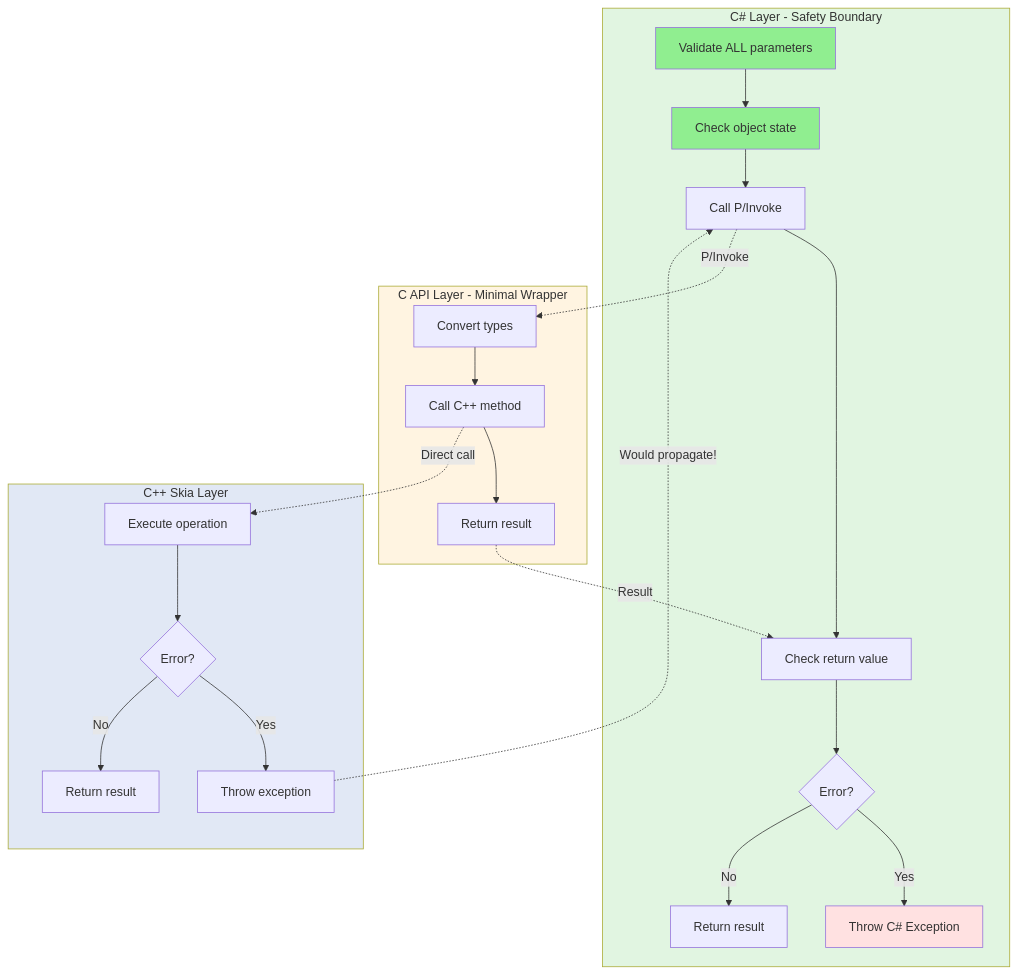
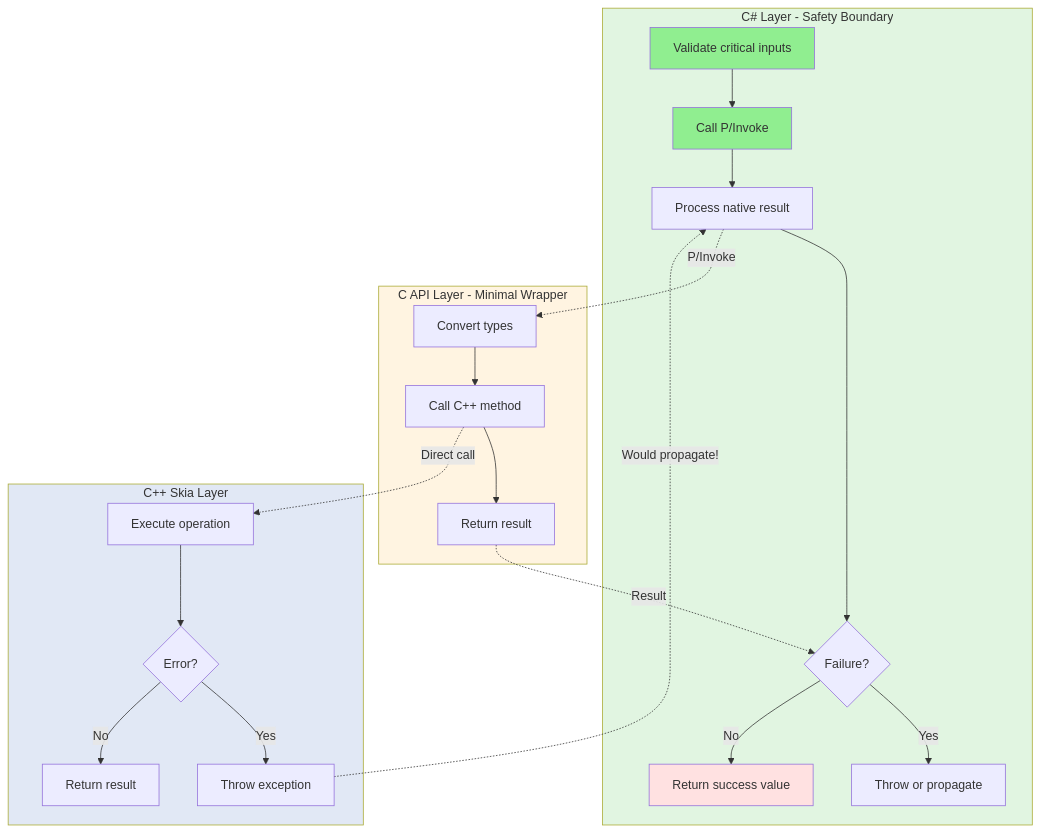
One commit to mono/SkiaSharp changed the diagram in design/error-handling.md. Above: the diagram before and after it, drawn with Mermaid. The commit also changed other lines of this file and 6 other files, not shown here.

````diff
--- a/design/error-handling.md
+++ b/design/error-handling.md
@@ -89,51 +93,49 @@
 ```mermaid
 graph TB
     subgraph CSharp["C# Layer - Safety Boundary"]
-        CS1[Validate ALL parameters]
-        CS2[Check object state]
-        CS3[Call P/Invoke]
-        CS4[Check return value]
-        CS5{Error?}
-        CS6[Throw C# Exception]
-        CS7[Return result]
+        CS1[Validate critical inputs]
+        CS2[Call P/Invoke]
+        CS3[Process native result]
+        CS4{Failure?}
+        CS5[Throw or propagate]
+        CS6[Return success value]
         
         CS1 --> CS2
         CS2 --> CS3
         CS3 --> CS4
-        CS4 --> CS5
-        CS5 -->|Yes| CS6
-        CS5 -->|No| CS7
+        CS4 -->|Yes| CS5
+        CS4 -->|No| CS6
     end
     
     subgraph CAPI["C API Layer - Minimal Wrapper"]
         C1[Convert types]
         C2[Call C++ method]
         C3[Return result]
         
         C1 --> C2
         C2 --> C3
     end
     
     subgraph CPP["C++ Skia Layer"]
         CPP1[Execute operation]
         CPP2{Error?}
         CPP3[Throw exception]
         CPP4[Return result]
         
         CPP1 --> CPP2
         CPP2 -->|Yes| CPP3
         CPP2 -->|No| CPP4
     end
     
     CS3 -.->|P/Invoke| C1
     C2 -.->|Direct call| CPP1
     CPP3 -.->|Would propagate!| CS3
     C3 -.->|Result| CS4
     
     style CSharp fill:#e1f5e1
     style CAPI fill:#fff4e1
     style CPP fill:#e1e8f5
     style CS1 fill:#90ee90
     style CS2 fill:#90ee90
     style CS6 fill:#ffe1e1
 ```
````
